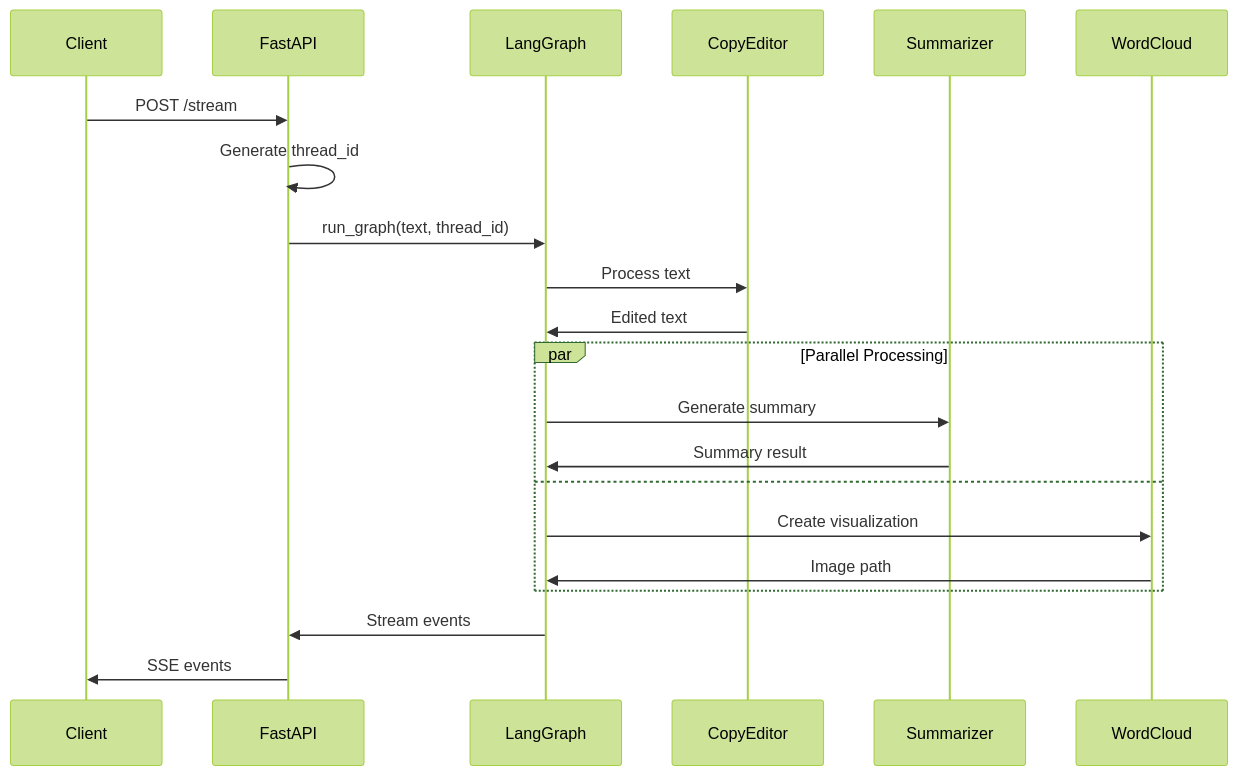
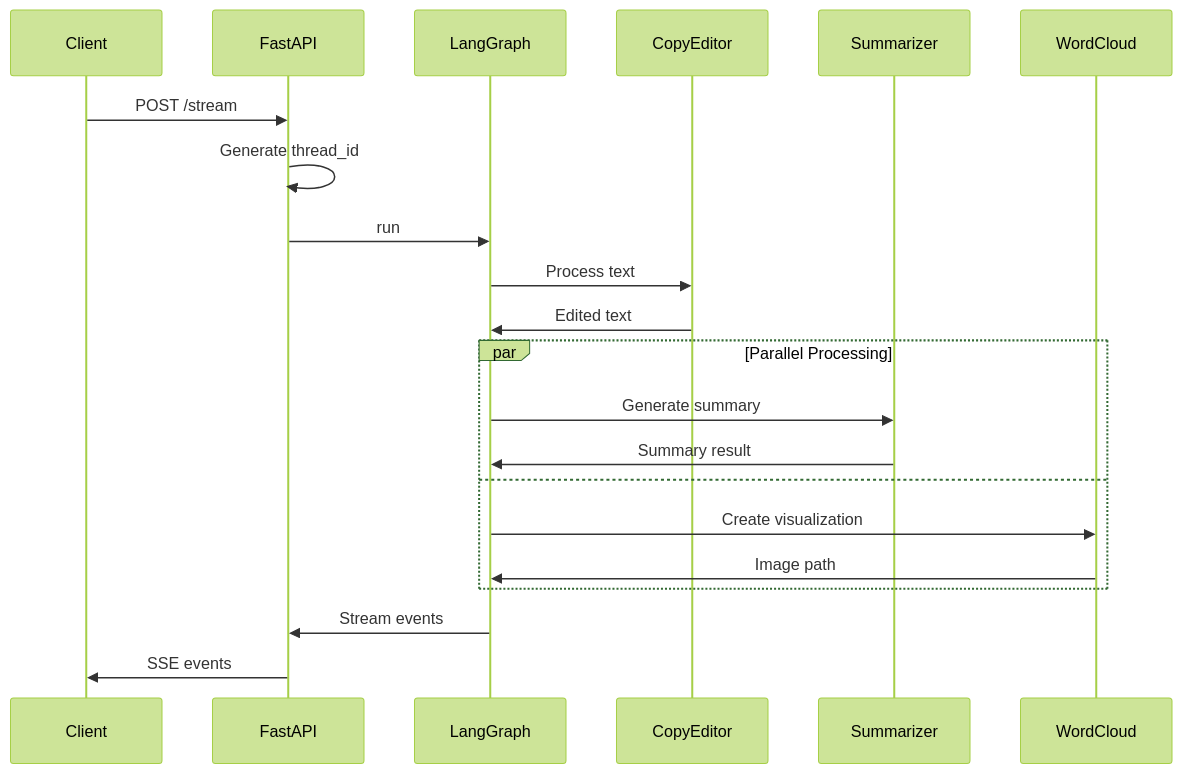
Before and after one commit to supportvectors/metamorphosis: the third of 3 diagrams in docs/metamorphosis/agents/index.md, drawn with Mermaid (forest theme). The commit also changed other lines of this file and 97 other files, not shown here.

````diff
--- a/docs/metamorphosis/agents/index.md
+++ b/docs/metamorphosis/agents/index.md
@@ -117,27 +87,27 @@
 ```mermaid
 sequenceDiagram
     participant Client
     participant FastAPI
     participant LangGraph
     participant CopyEditor
     participant Summarizer
     participant WordCloud
     
     Client->>FastAPI: POST /stream
     FastAPI->>FastAPI: Generate thread_id
-    FastAPI->>LangGraph: run_graph(text, thread_id)
+    FastAPI->>LangGraph: run
     
     LangGraph->>CopyEditor: Process text
     CopyEditor->>LangGraph: Edited text
     
     par Parallel Processing
         LangGraph->>Summarizer: Generate summary
         Summarizer->>LangGraph: Summary result
     and
         LangGraph->>WordCloud: Create visualization
         WordCloud->>LangGraph: Image path
     end
     
     LangGraph->>FastAPI: Stream events
     FastAPI->>Client: SSE events
 ```
````
